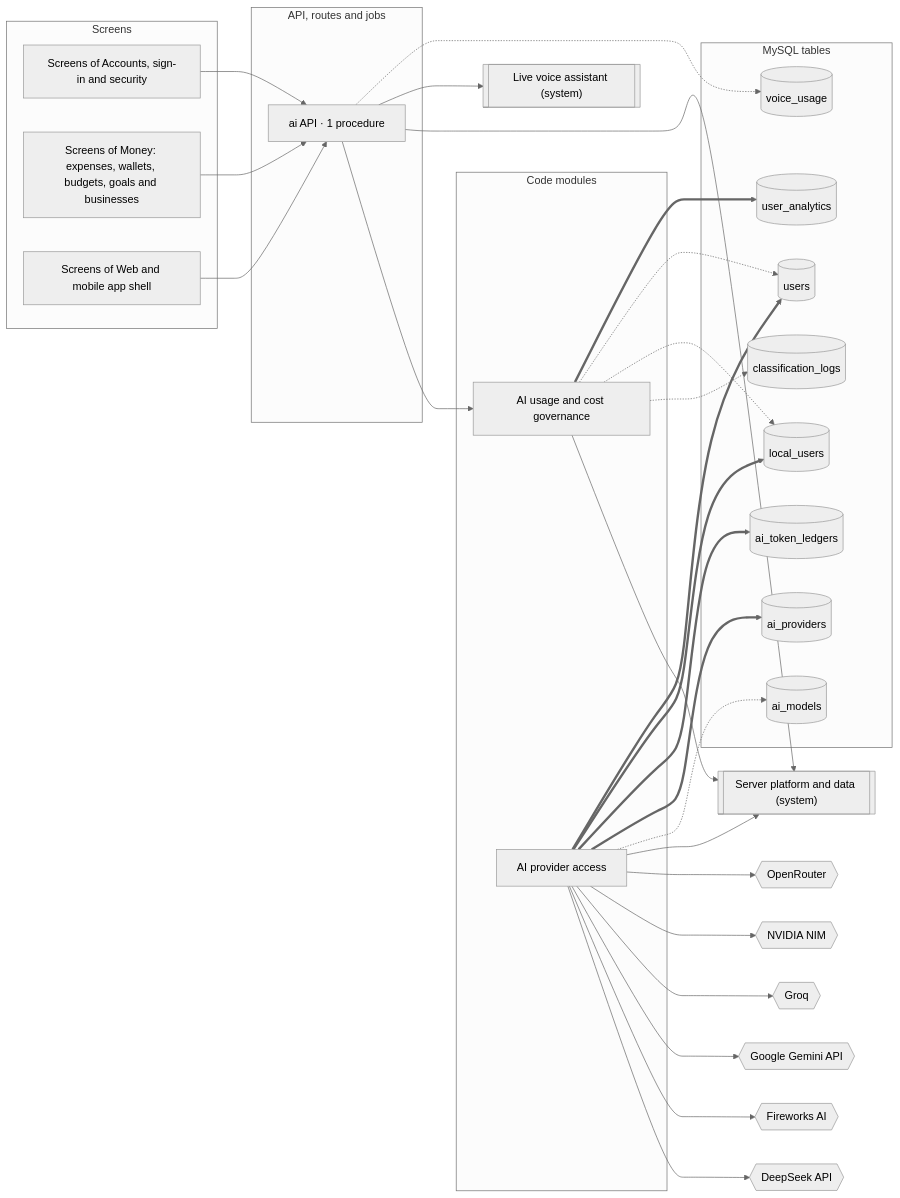
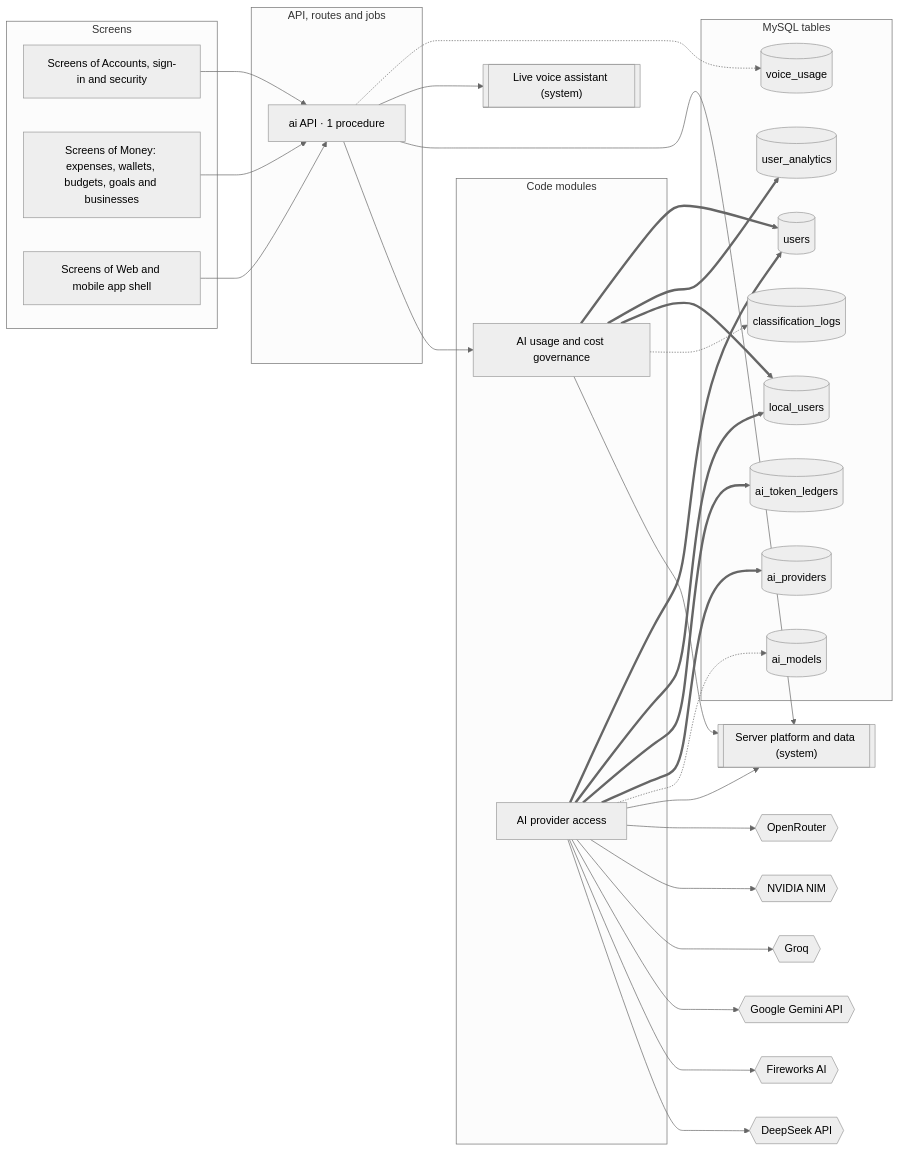
The diagram in docs/atlas/systems/ai-platform.md (mahmoudtaherr111/smartspend_mini_all), drawn with Mermaid (neutral theme) before and after one commit. The commit also changed other lines of this file and 42 other files, not shown here.

````diff
--- a/docs/atlas/systems/ai-platform.md
+++ b/docs/atlas/systems/ai-platform.md
@@ -13,57 +13,57 @@
 ```mermaid
 flowchart LR
   subgraph g_screens["Screens"]
     screens_accounts["Screens of Accounts, sign-in and security"]
     screens_money["Screens of Money: expenses, wallets, budgets, goals and businesses"]
     screens_web_app["Screens of Web and mobile app shell"]
   end
   subgraph g_api["API, routes and jobs"]
     router_ai["ai API · 1 procedure"]
   end
   subgraph g_modules["Code modules"]
     mod_ai_governance["AI usage and cost governance"]
     mod_ai_providers["AI provider access"]
   end
   subgraph g_tables["MySQL tables"]
     tbl_ai_models[("ai_models")]
     tbl_ai_providers[("ai_providers")]
     tbl_ai_token_ledgers[("ai_token_ledgers")]
     tbl_classification_logs[("classification_logs")]
     tbl_local_users[("local_users")]
     tbl_user_analytics[("user_analytics")]
     tbl_users[("users")]
     tbl_voice_usage[("voice_usage")]
   end
   ext_deepseek{{"DeepSeek API"}}
   ext_fireworks{{"Fireworks AI"}}
   ext_gemini{{"Google Gemini API"}}
   ext_groq{{"Groq"}}
   ext_nvidia{{"NVIDIA NIM"}}
   ext_openrouter{{"OpenRouter"}}
   sys_platform[["Server platform and data (system)"]]
   sys_voice_calls[["Live voice assistant (system)"]]
   mod_ai_governance --> sys_platform
   mod_ai_governance -.-> tbl_classification_logs
-  mod_ai_governance -.-> tbl_local_users
-  mod_ai_governance -.-> tbl_users
+  mod_ai_governance ==> tbl_local_users
   mod_ai_governance ==> tbl_user_analytics
+  mod_ai_governance ==> tbl_users
   mod_ai_providers --> ext_deepseek
   mod_ai_providers --> ext_fireworks
   mod_ai_providers --> ext_gemini
   mod_ai_providers --> ext_groq
   mod_ai_providers --> ext_nvidia
   mod_ai_providers --> ext_openrouter
   mod_ai_providers --> sys_platform
   mod_ai_providers -.-> tbl_ai_models
   mod_ai_providers ==> tbl_ai_providers
   mod_ai_providers ==> tbl_ai_token_ledgers
   mod_ai_providers ==> tbl_local_users
   mod_ai_providers ==> tbl_users
   router_ai --> mod_ai_governance
   router_ai --> sys_platform
   router_ai --> sys_voice_calls
   router_ai -.-> tbl_voice_usage
   screens_accounts --> router_ai
   screens_money --> router_ai
   screens_web_app --> router_ai
 ```
````
